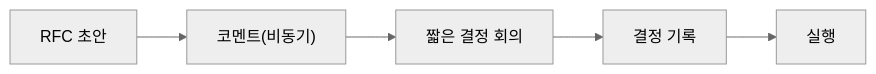
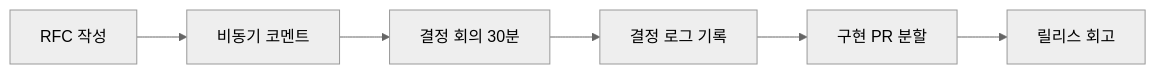
Before and after one commit to yeongseon-books/book-content: the diagram in docs/ko/software-engineering-101/08-collaboration-process.md, drawn with Mermaid (neutral theme). The commit also changed other lines of this file and 4143 other files, not shown here.

````diff
--- a/docs/ko/software-engineering-101/08-collaboration-process.md
+++ b/docs/ko/software-engineering-101/08-collaboration-process.md
@@ -36,7 +248,8 @@
 ```mermaid
 flowchart LR
-    R["RFC 초안"] --> C["코멘트(비동기)"]
-    C --> M["짧은 결정 회의"]
-    M --> D["결정 기록"]
-    D --> E["실행"]
+    A["RFC 작성"] --> B["비동기 코멘트"]
+    B --> C["결정 회의 30분"]
+    C --> D["결정 로그 기록"]
+    D --> E["구현 PR 분할"]
+    E --> F["릴리스 회고"]
 ```
````
